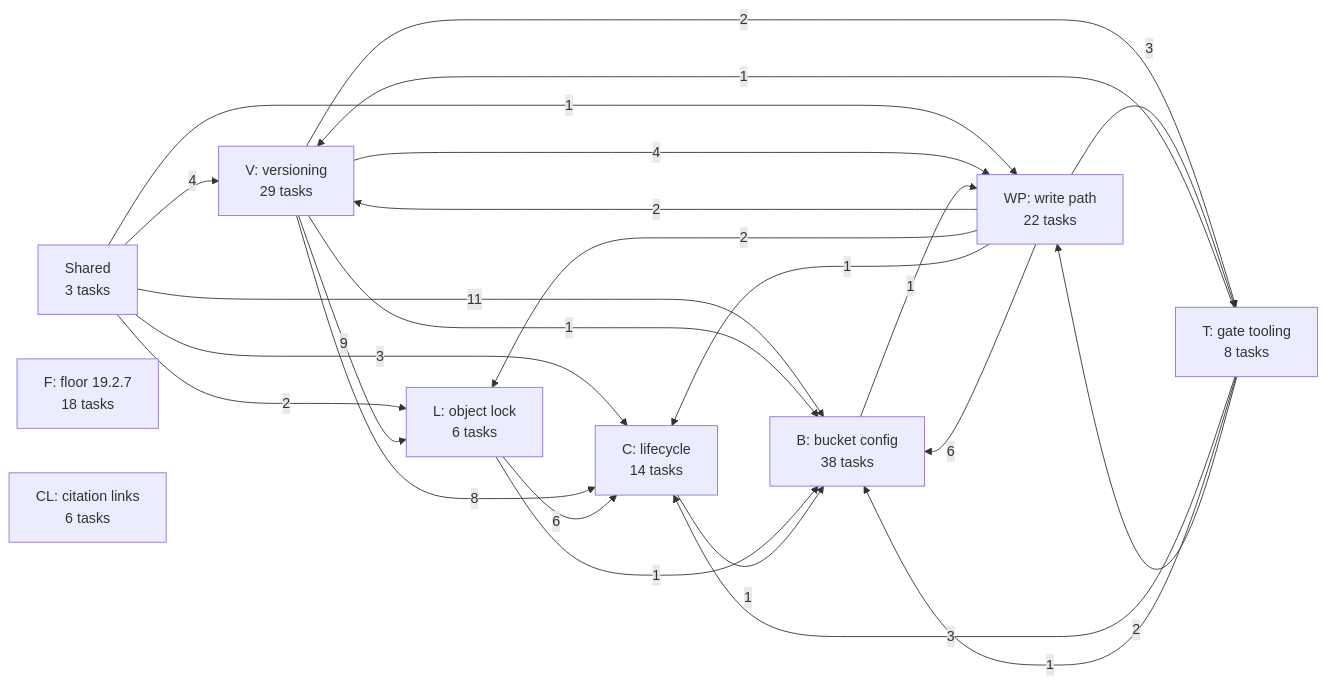
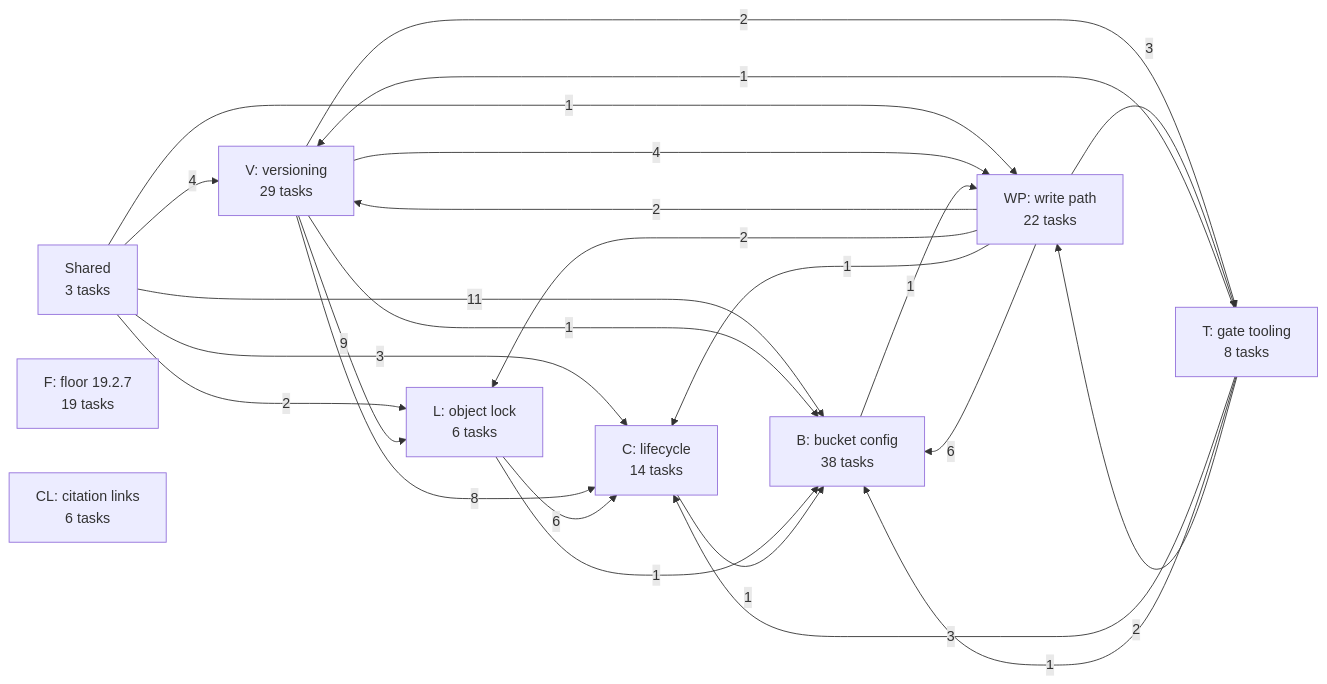
One commit to jhoblitt/rgw-go changed the first of 10 diagrams in docs/superpowers/plans/2026-10-13-phase-2/dependencies.md. Above: the diagram before and after it, drawn with Mermaid. The commit also changed other lines of this file, not shown here.

Commit message:
docs(plan): regenerate the dependency graph for F19

````diff
--- a/docs/superpowers/plans/2026-10-13-phase-2/dependencies.md
+++ b/docs/superpowers/plans/2026-10-13-phase-2/dependencies.md
@@ -13,35 +13,35 @@
 ```mermaid
 flowchart LR
   u_S["Shared<br/>3 tasks"]
-  u_F["F: floor 19.2.7<br/>18 tasks"]
+  u_F["F: floor 19.2.7<br/>19 tasks"]
   u_V["V: versioning<br/>29 tasks"]
   u_L["L: object lock<br/>6 tasks"]
   u_C["C: lifecycle<br/>14 tasks"]
   u_B["B: bucket config<br/>38 tasks"]
   u_WP["WP: write path<br/>22 tasks"]
   u_T["T: gate tooling<br/>8 tasks"]
   u_CL["CL: citation links<br/>6 tasks"]
   u_S -->|4| u_V
   u_S -->|2| u_L
   u_S -->|3| u_C
   u_S -->|11| u_B
   u_S -->|1| u_WP
   u_V -->|9| u_L
   u_V -->|8| u_C
   u_V -->|1| u_B
   u_V -->|4| u_WP
   u_V -->|2| u_T
   u_L -->|6| u_C
   u_L -->|1| u_B
   u_C -->|1| u_B
   u_B -->|1| u_WP
   u_WP -->|2| u_V
   u_WP -->|2| u_L
   u_WP -->|1| u_C
   u_WP -->|6| u_B
   u_WP -->|3| u_T
   u_T -->|1| u_V
   u_T -->|3| u_C
   u_T -->|1| u_B
   u_T -->|2| u_WP
 ```
````
